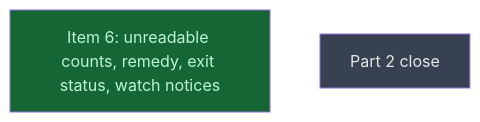
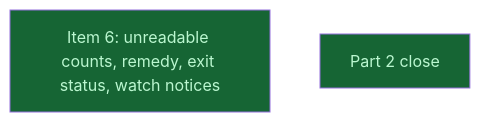
One commit to LittleCoinCoin/hypomnesis changed the diagram in __roadmap__/v0214-sandbox/part1/close/part2/api/cli/README.md. Above: the diagram before and after it, drawn with Mermaid. The commit also changed other lines of this file and 5 other files, not shown here.

First line of the commit message:
docs(roadmap): PR C is ready for review; part2, close and part1 are done

````diff
--- a/__roadmap__/v0214-sandbox/part1/close/part2/api/cli/README.md
+++ b/__roadmap__/v0214-sandbox/part1/close/part2/api/cli/README.md
@@ -16,10 +16,10 @@
 ```mermaid
 graph TD
     ps_watch_unreadable[Item 6: unreadable counts, remedy, exit status, watch notices]:::done
-    close[Part 2 close]:::planned
+    close[Part 2 close]:::done
     classDef done       fill:#166534,color:#bbf7d0
     classDef inprogress fill:#854d0e,color:#fef08a
     classDef planned    fill:#374151,color:#e5e7eb
     classDef amendment  fill:#1e3a5f,color:#bfdbfe
     classDef blocked    fill:#7f1d1d,color:#fecaca
 ```
````
